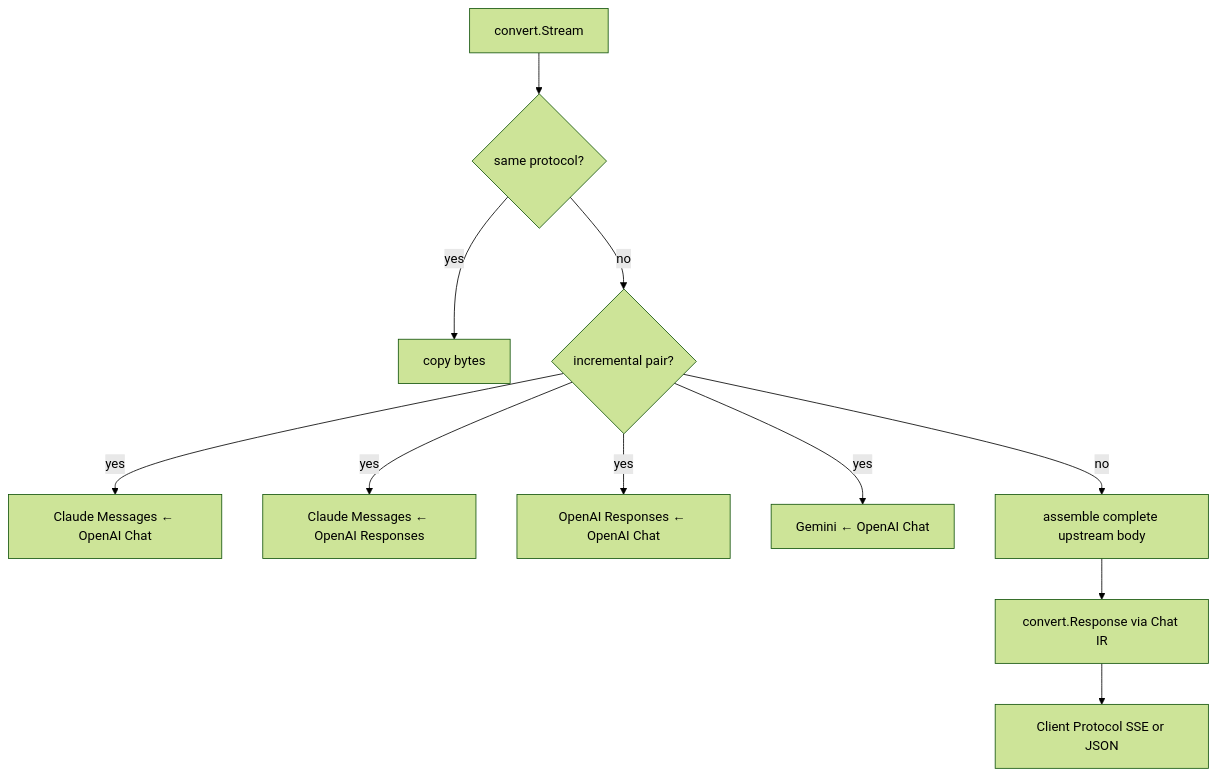
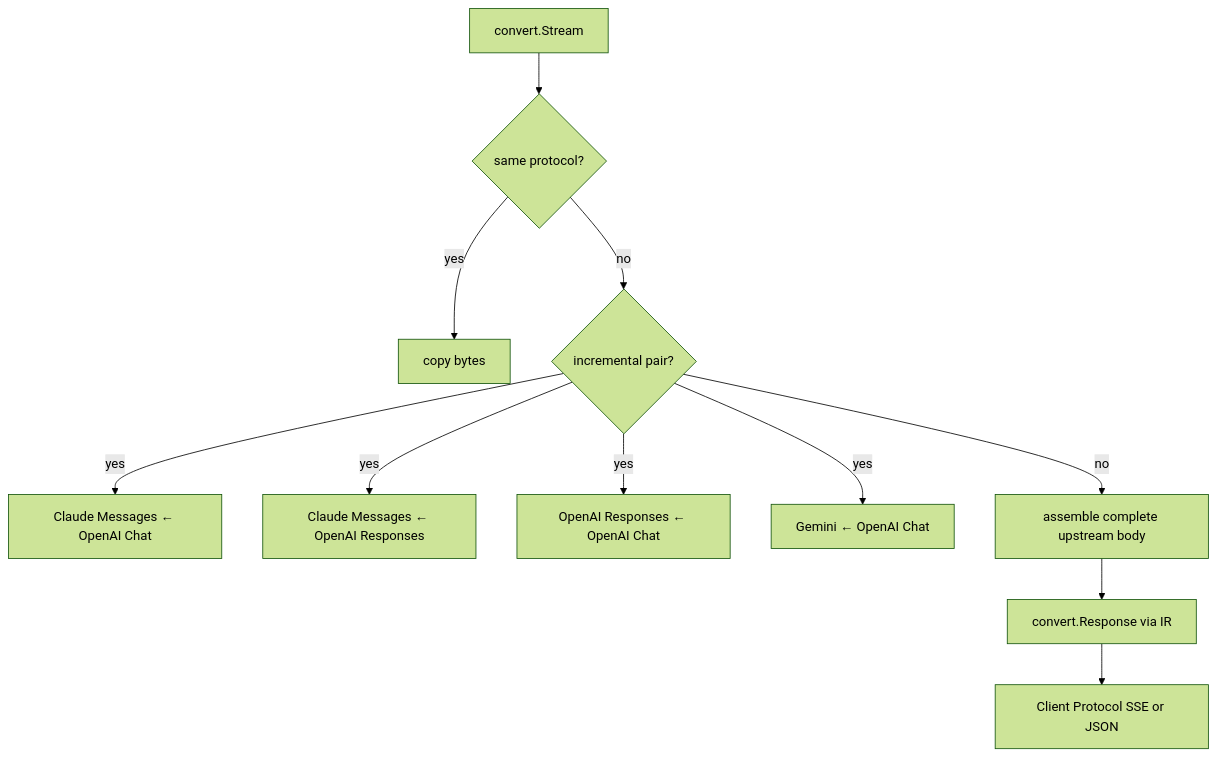
The fourth of 6 diagrams in docs/architecture.md (thomas-huang/caosi), drawn with Mermaid (forest theme) before and after one commit. The commit also changed other lines of this file and 19 other files, not shown here.

````diff
--- a/docs/architecture.md
+++ b/docs/architecture.md
@@ -77,23 +81,23 @@
 ```mermaid
 flowchart TD
   S["convert.Stream"]
   SAME{"same protocol?"}
   COPY["copy bytes"]
   INC{"incremental pair?"}
   A["Claude Messages ← OpenAI Chat"]
   B["Claude Messages ← OpenAI Responses"]
   C["OpenAI Responses ← OpenAI Chat"]
   D["Gemini ← OpenAI Chat"]
   BUF["assemble complete upstream body"]
-  R["convert.Response via Chat IR"]
+  R["convert.Response via IR"]
   OUT["Client Protocol SSE or JSON"]
 
   S --> SAME
   SAME -->|yes| COPY
   SAME -->|no| INC
   INC -->|yes| A
   INC -->|yes| B
   INC -->|yes| C
   INC -->|yes| D
   INC -->|no| BUF --> R --> OUT
 ```
````
